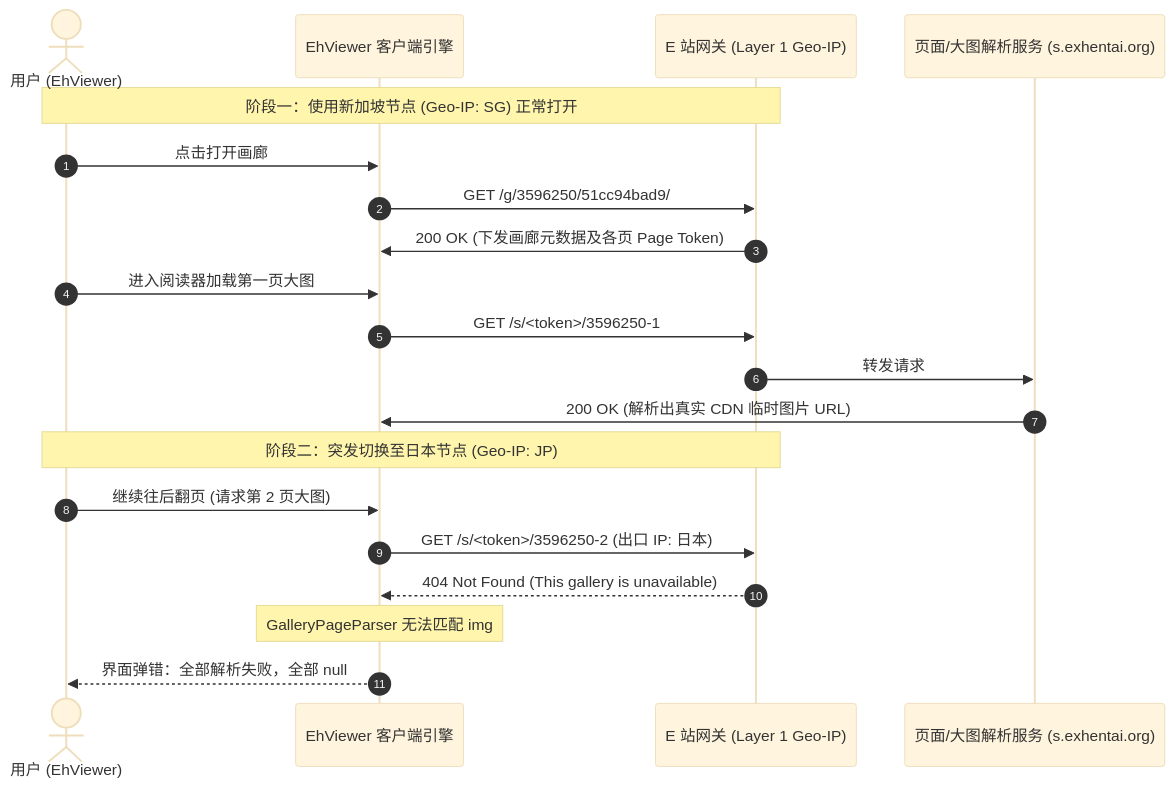
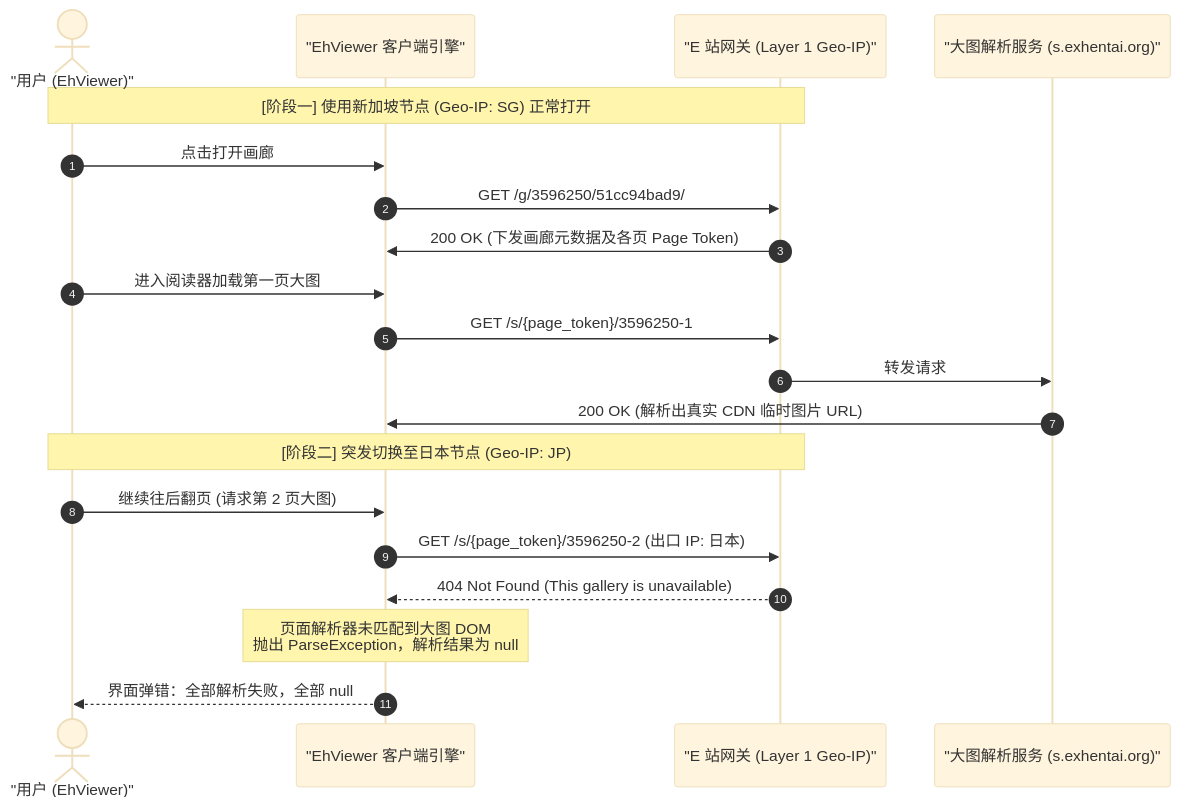
The third of 3 diagrams in _posts/CopyRightZGQInc/2026-10-27-eh404g.md (ZGQ-inc/jekyll-blog), drawn with Mermaid (base theme) before and after one commit.

````diff
--- a/_posts/CopyRightZGQInc/2026-10-27-eh404g.md
+++ b/_posts/CopyRightZGQInc/2026-10-27-eh404g.md
@@ -373,24 +373,24 @@
 ```mermaid
 sequenceDiagram
     autonumber
-    actor User as 用户 (EhViewer)
-    participant Client as EhViewer 客户端引擎
-    participant Gateway as E 站网关 (Layer 1 Geo-IP)
-    participant Server as 页面/大图解析服务 (s.exhentai.org)
+    actor User as "用户 (EhViewer)"
+    participant Client as "EhViewer 客户端引擎"
+    participant Gateway as "E 站网关 (Layer 1 Geo-IP)"
+    participant Server as "大图解析服务 (s.exhentai.org)"
 
-    Note over User,Gateway: 阶段一：使用新加坡节点 (Geo-IP: SG) 正常打开
+    Note over User,Gateway: [阶段一] 使用新加坡节点 (Geo-IP: SG) 正常打开
     User->>Client: 点击打开画廊
     Client->>Gateway: GET /g/3596250/51cc94bad9/
     Gateway->>Client: 200 OK (下发画廊元数据及各页 Page Token)
     User->>Client: 进入阅读器加载第一页大图
-    Client->>Gateway: GET /s/<token>/3596250-1
+    Client->>Gateway: GET /s/{page_token}/3596250-1
     Gateway->>Server: 转发请求
     Server->>Client: 200 OK (解析出真实 CDN 临时图片 URL)
 
-    Note over User,Gateway: 阶段二：突发切换至日本节点 (Geo-IP: JP)
+    Note over User,Gateway: [阶段二] 突发切换至日本节点 (Geo-IP: JP)
     User->>Client: 继续往后翻页 (请求第 2 页大图)
-    Client->>Gateway: GET /s/<token>/3596250-2 (出口 IP: 日本)
+    Client->>Gateway: GET /s/{page_token}/3596250-2 (出口 IP: 日本)
     Gateway-->>Client: 404 Not Found (This gallery is unavailable)
-    Note over Client: GalleryPageParser 无法匹配 img#img 节点<br>抛出 ParseException，解析结果为 null
+    Note over Client: 页面解析器未匹配到大图 DOM<br/>抛出 ParseException，解析结果为 null
     Client-->>User: 界面弹错：全部解析失败，全部 null
 ```
````
